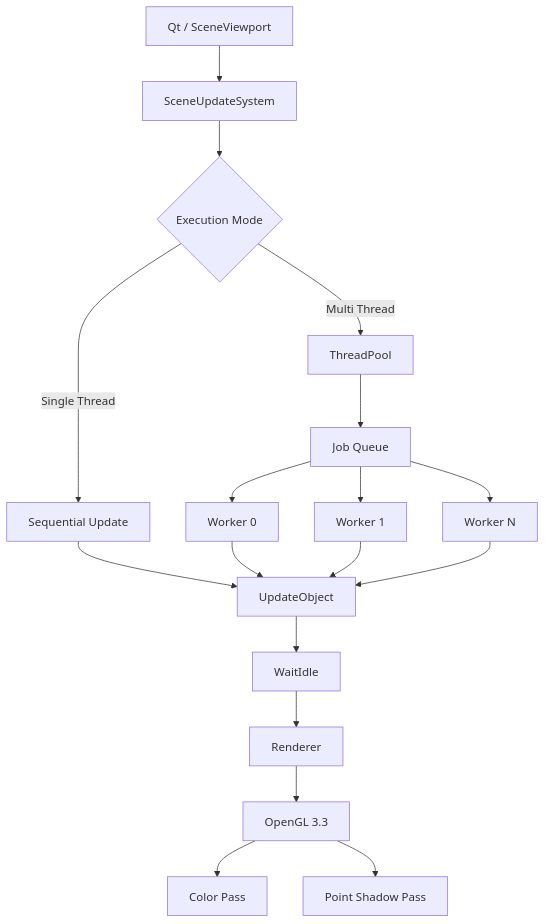
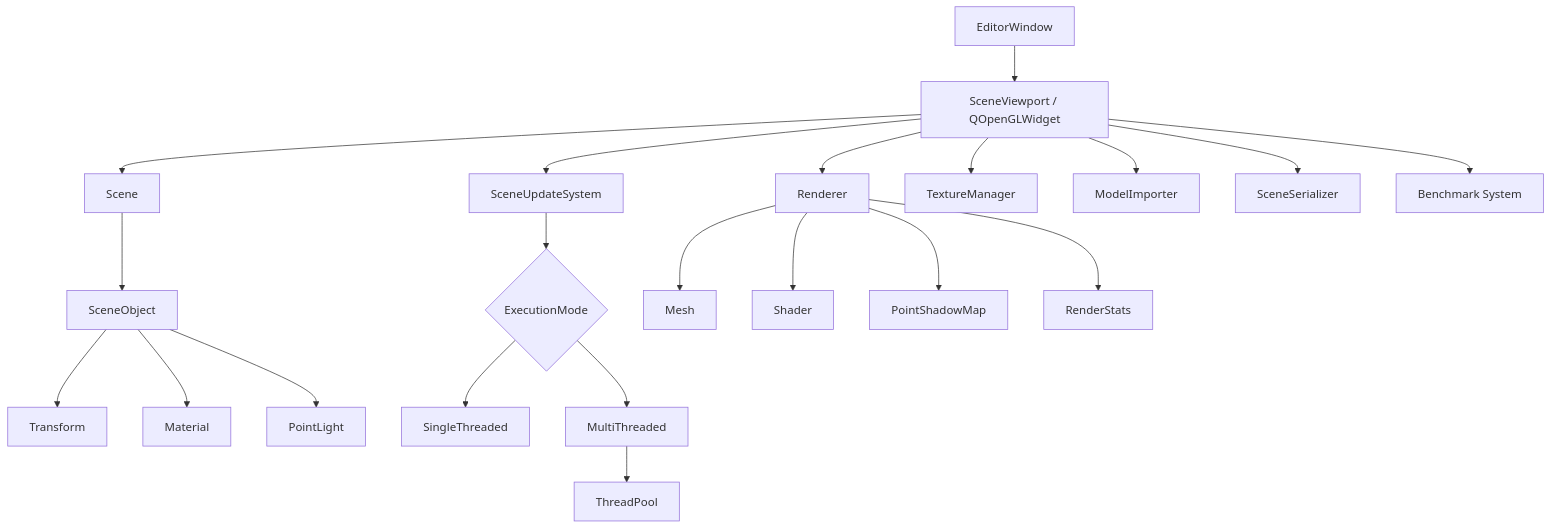
The first of 2 diagrams in README.md (shitogrita/Mini_Engine), drawn with Mermaid before and after one commit. The commit also changed other lines of this file, not shown here.

````diff
--- a/README.md
+++ b/README.md
@@ -83,20 +111,27 @@
 ```mermaid
 flowchart TD
-    A[Qt / SceneViewport] --> B[SceneUpdateSystem]
-    B --> C{Execution Mode}
-    C -->|Single Thread| D[Sequential Update]
-    C -->|Multi Thread| E[ThreadPool]
-    E --> F[Job Queue]
-    F --> G[Worker 0]
-    F --> H[Worker 1]
-    F --> I[Worker N]
-    D --> J[UpdateObject]
-    G --> J
-    H --> J
-    I --> J
-    J --> K[WaitIdle]
-    K --> L[Renderer]
-    L --> M[OpenGL 3.3]
-    M --> N[Color Pass]
-    M --> O[Point Shadow Pass]
+    EW[EditorWindow] --> SV[SceneViewport / QOpenGLWidget]
+
+    SV --> SC[Scene]
+    SC --> SO[SceneObject]
+    SO --> TR[Transform]
+    SO --> MT[Material]
+    SO --> PL[PointLight]
+
+    SV --> SU[SceneUpdateSystem]
+    SU --> EM{ExecutionMode}
+    EM --> ST[SingleThreaded]
+    EM --> MP[MultiThreaded]
+    MP --> TP[ThreadPool]
+
+    SV --> RD[Renderer]
+    RD --> ME[Mesh]
+    RD --> SH[Shader]
+    RD --> PS[PointShadowMap]
+    RD --> RS[RenderStats]
+
+    SV --> TM[TextureManager]
+    SV --> MI[ModelImporter]
+    SV --> SS[SceneSerializer]
+    SV --> BM[Benchmark System]
 ```
````
